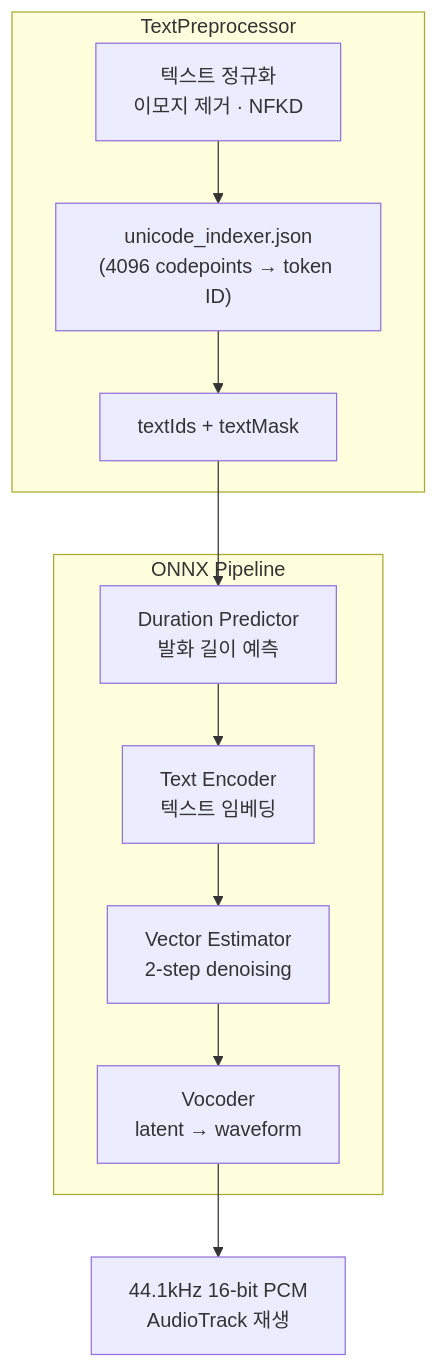
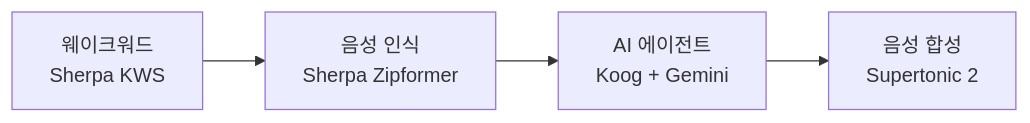
One commit to genie49/genie-cv changed the diagram in data/content/notes/bara-voice-pipeline.md. Above: the diagram before and after it, drawn with Mermaid. The commit also changed other lines of this file and 7 other files, not shown here.

````diff
--- a/data/content/notes/bara-voice-pipeline.md
+++ b/data/content/notes/bara-voice-pipeline.md
@@ -197,16 +5,6 @@
 ```mermaid
-flowchart TB
-    subgraph "TextPreprocessor"
-        P1[텍스트 정규화<br/>이모지 제거 · NFKD] --> P2["unicode_indexer.json<br/>(4096 codepoints → token ID)"]
-        P2 --> P3["textIds + textMask"]
-    end
-
-    subgraph "ONNX Pipeline"
-        P3 --> M1["Duration Predictor<br/>발화 길이 예측"]
-        M1 --> M2["Text Encoder<br/>텍스트 임베딩"]
-        M2 --> M3["Vector Estimator<br/>2-step denoising"]
-        M3 --> M4["Vocoder<br/>latent → waveform"]
-    end
-
-    M4 --> OUT["44.1kHz 16-bit PCM<br/>AudioTrack 재생"]
+flowchart LR
+    WW["웨이크워드<br/>Sherpa KWS"] --> STT["음성 인식<br/>Sherpa Zipformer"]
+    STT --> NLP["AI 에이전트<br/>Koog + Gemini"]
+    NLP --> TTS["음성 합성<br/>Supertonic 2"]
 ```
````
